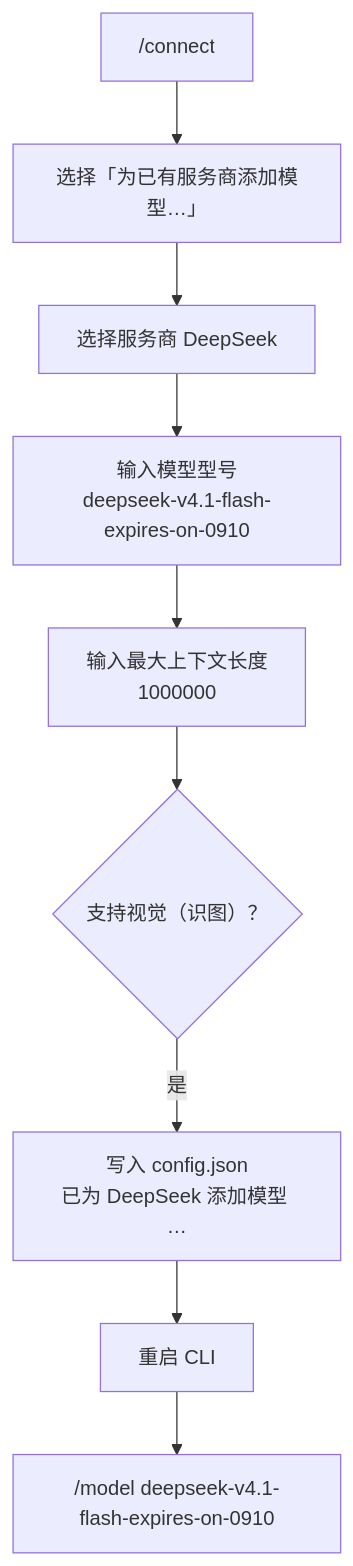
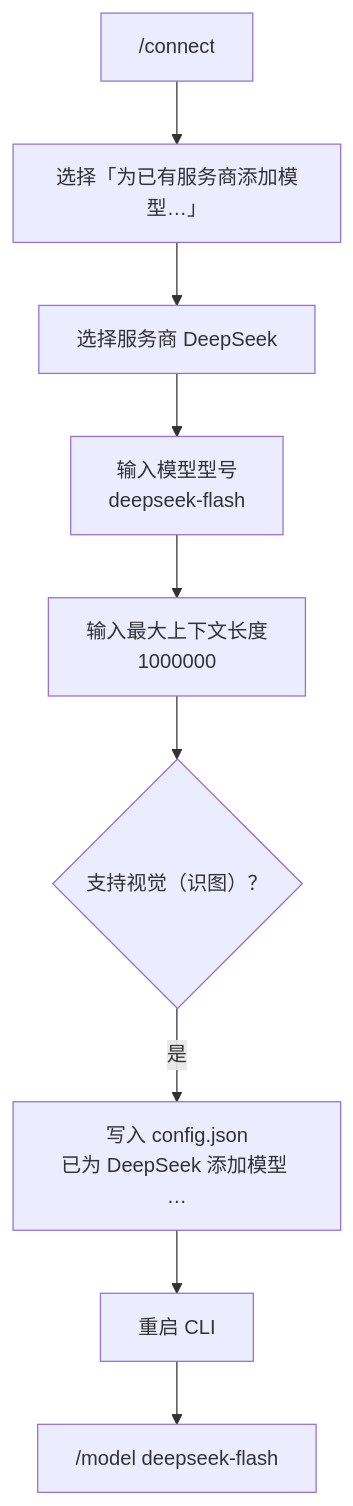
One commit to huiliyi37/Tianshu-harness changed the diagram in docs/guides/add-model-to-existing-provider.md. Above: the diagram before and after it, drawn with Mermaid. The commit also changed other lines of this file and 16 other files, not shown here.

````diff
--- a/docs/guides/add-model-to-existing-provider.md
+++ b/docs/guides/add-model-to-existing-provider.md
@@ -15,11 +15,11 @@
 ```mermaid
 flowchart TD
   A["/connect"] --> B["选择「为已有服务商添加模型…」"]
   B --> C["选择服务商 DeepSeek"]
-  C --> D["输入模型型号<br/>deepseek-v4.1-flash-expires-on-0910"]
+  C --> D["输入模型型号<br/>deepseek-flash"]
   D --> E["输入最大上下文长度<br/>1000000"]
   E --> F{"支持视觉（识图）？"}
   F -->|是| G["写入 config.json<br/>已为 DeepSeek 添加模型 …"]
   G --> H["重启 CLI"]
-  H --> I["/model deepseek-v4.1-flash-expires-on-0910"]
+  H --> I["/model deepseek-flash"]
 ```
````
